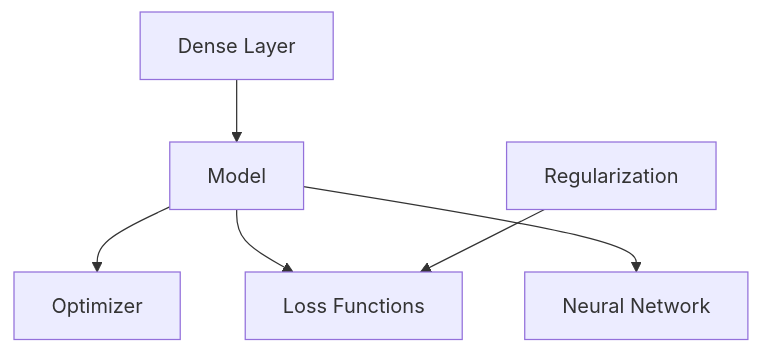
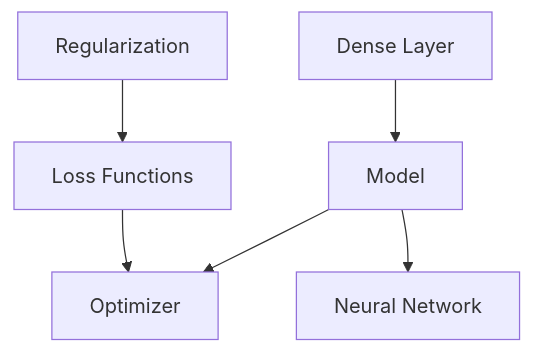
The third of 3 diagrams in doc/model/Model.md (embedded-pro/neural-network-toobox-cpp), drawn with Mermaid before and after one commit. The commit also changed other lines of this file and 223 other files, not shown here.

````diff
--- a/doc/model/Model.md
+++ b/doc/model/Model.md
@@ -127,15 +155,15 @@
 ```mermaid
 graph TD
     Model["Model"]
     Layer["Dense Layer"]
     Loss["Loss Functions"]
     Opt["Optimizer"]
     Reg["Regularization"]
     NN["Neural Network"]
 
     Layer --> Model
     Model --> Opt
-    Model --> Loss
+    Loss --> Opt
     Reg --> Loss
     Model --> NN
 ```
````
